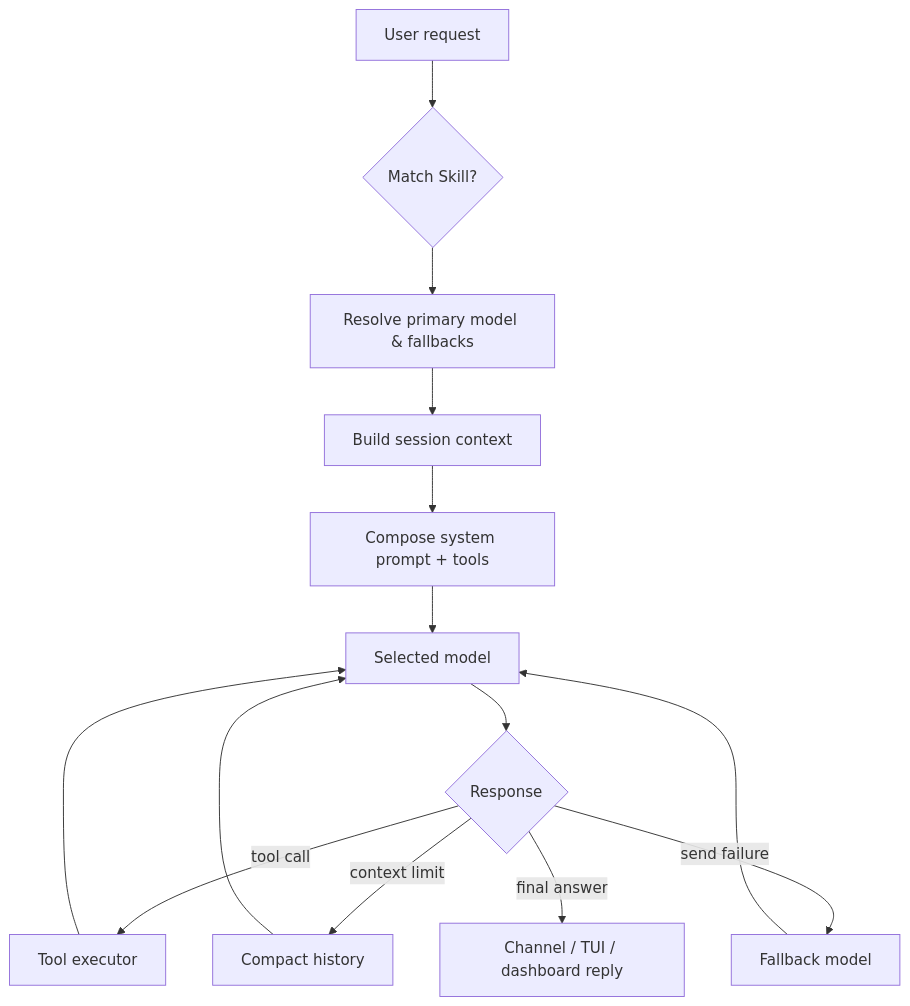
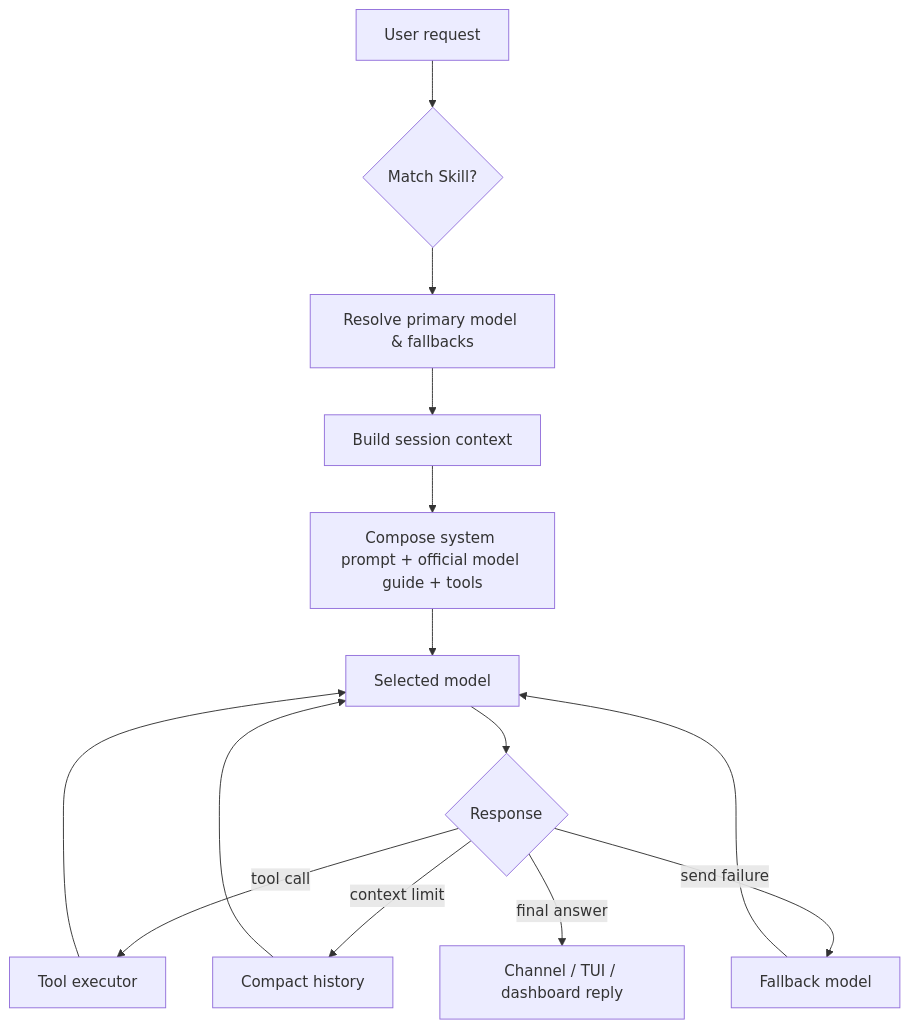
One commit to agenvoy/Agenvoy changed the third of 9 diagrams in doc/architecture.md. Above: the diagram before and after it, drawn with Mermaid. The commit also changed other lines of this file and 5 other files, not shown here.

````diff
--- a/doc/architecture.md
+++ b/doc/architecture.md
@@ -47,16 +47,16 @@
 ```mermaid
 graph TB
     Input[User request] --> Skill{Match Skill?}
     Skill --> Select[Resolve primary model & fallbacks]
     Select --> Session[Build session context]
-    Session --> Prompt[Compose system prompt + tools]
+    Session --> Prompt[Compose system prompt + official model guide + tools]
     Prompt --> Model[Selected model]
     Model --> Result{Response}
     Result -->|tool call| ToolExec[Tool executor]
     ToolExec --> Model
     Result -->|context limit| Compact[Compact history]
     Compact --> Model
     Result -->|send failure| Fallback[Fallback model]
     Fallback --> Model
     Result -->|final answer| Output[Channel / TUI / dashboard reply]
 ```
````
